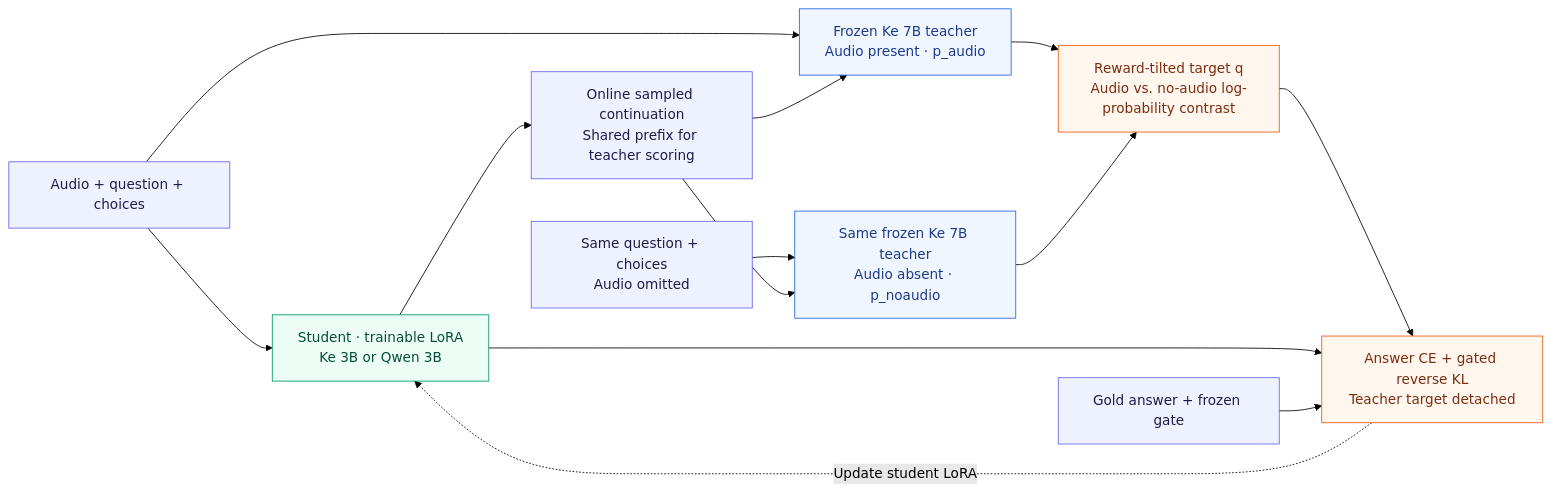
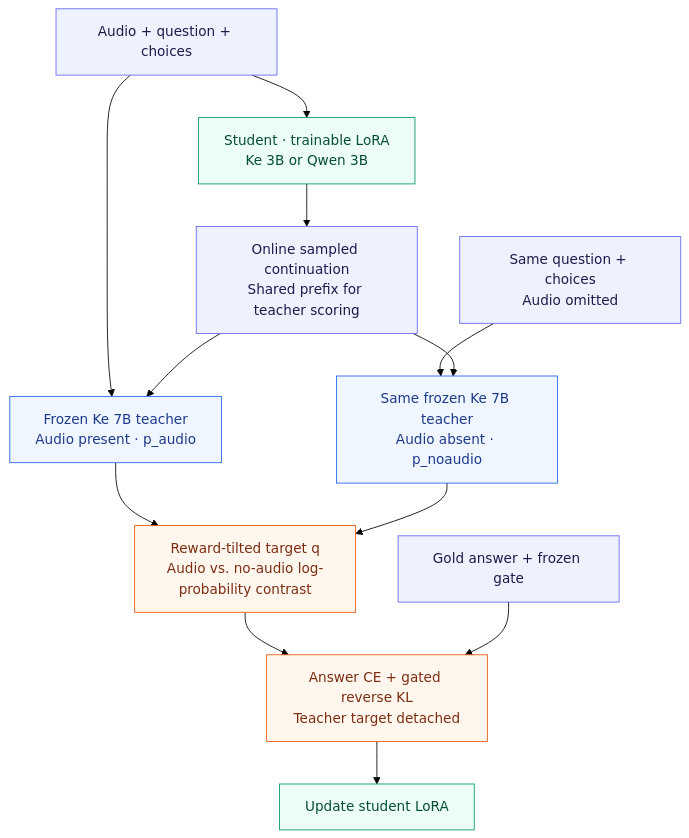
One commit to KaiyangLi1992/RT-OPD changed the diagram in README.md. Above: the diagram before and after it, drawn with Mermaid (forest theme).

Commit message:
Improve method diagram readability on narrow screens

````diff
--- a/README.md
+++ b/README.md
@@ -21,23 +21,22 @@
 ```mermaid
-flowchart LR
+flowchart TD
     X["Audio + question + choices"] --> S["Student · trainable LoRA<br/>Ke 3B or Qwen 3B"]
     S --> Y["Online sampled continuation<br/>Shared prefix for teacher scoring"]
     X --> A["Frozen Ke 7B teacher<br/>Audio present · p_audio"]
     Q["Same question + choices<br/>Audio omitted"] --> N["Same frozen Ke 7B teacher<br/>Audio absent · p_noaudio"]
     Y --> A
     Y --> N
     A --> T["Reward-tilted target q<br/>Audio vs. no-audio log-probability contrast"]
     N --> T
     T --> L["Answer CE + gated reverse KL<br/>Teacher target detached"]
-    S --> L
     G["Gold answer + frozen gate"] --> L
-    L -. "Update student LoRA" .-> S
+    L --> U["Update student LoRA"]
     classDef input fill:#eef2ff,stroke:#6366f1,color:#1e1b4b
     classDef student fill:#ecfdf5,stroke:#059669,color:#064e3b
     classDef teacher fill:#eff6ff,stroke:#2563eb,color:#1e3a8a
     classDef objective fill:#fff7ed,stroke:#ea580c,color:#7c2d12
     class X,Q,Y,G input
-    class S student
+    class S,U student
     class A,N teacher
     class T,L objective
 ```
````
